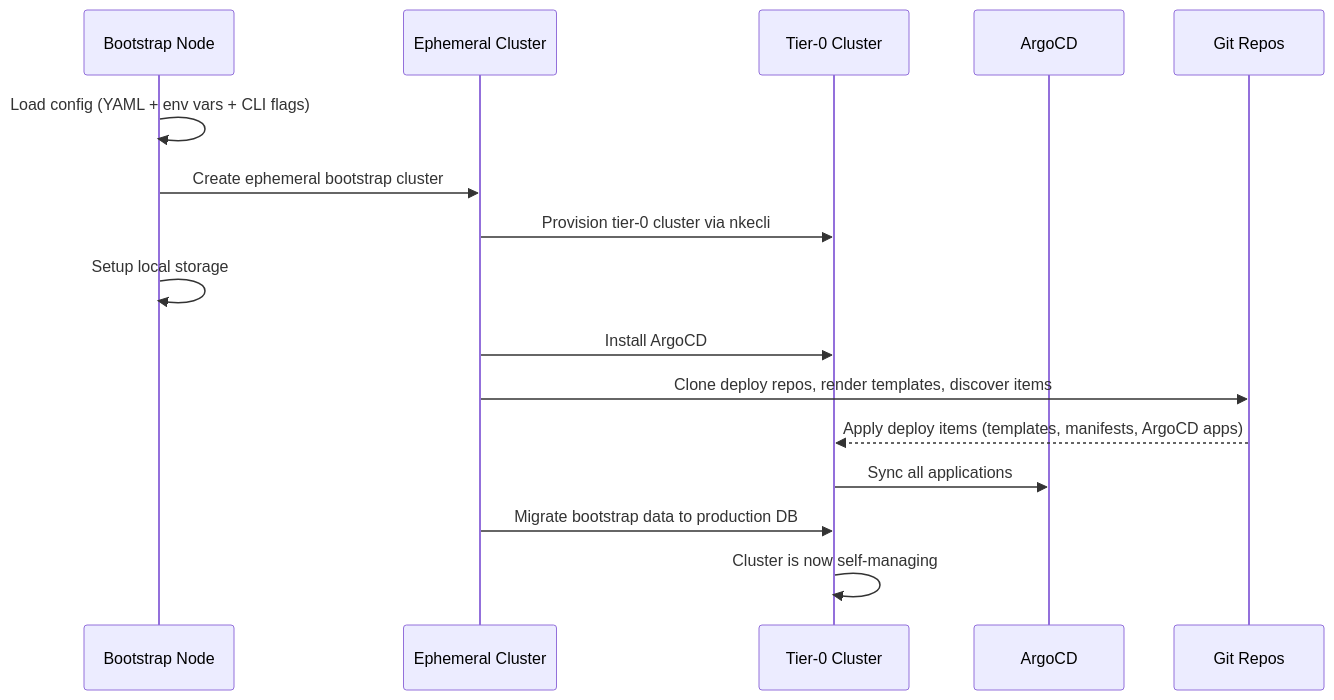
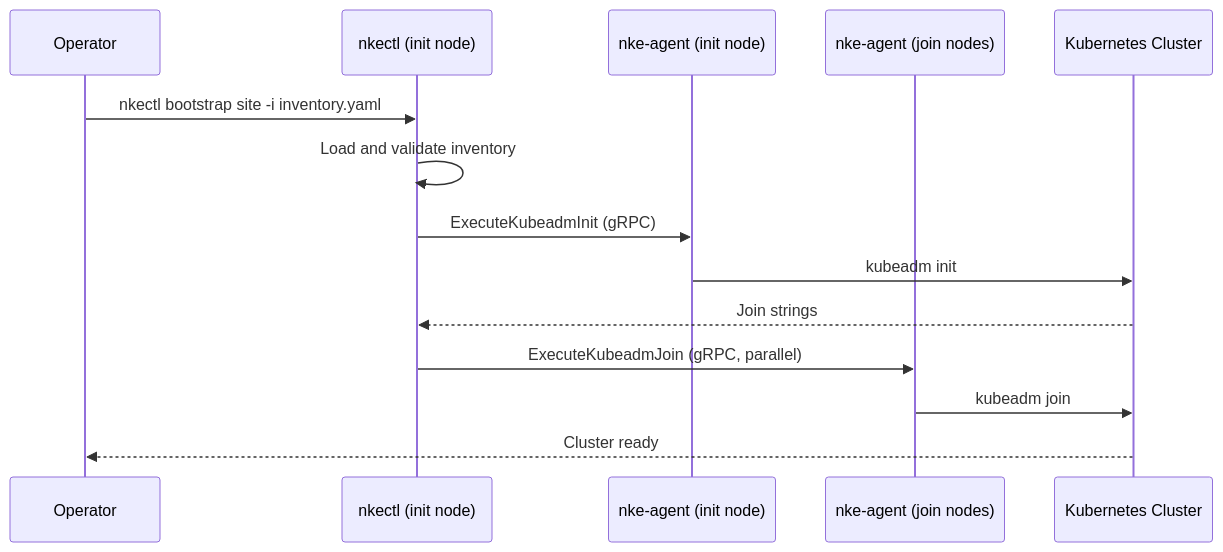
One commit to dsx-ai-factory/nvke changed the diagram in docs/tier0-bootstrap/overview.md. Above: the diagram before and after it, drawn with Mermaid. The commit also changed other lines of this file and 6 other files, not shown here.

First line of the commit message:
docs: rewrite tier0-bootstrap docs around nkectl

````diff
--- a/docs/tier0-bootstrap/overview.md
+++ b/docs/tier0-bootstrap/overview.md
@@ -20,19 +19,17 @@
 ```mermaid
 sequenceDiagram
-    participant Node as Bootstrap Node
-    participant Kind as Ephemeral Cluster
-    participant Tier0 as Tier-0 Cluster
-    participant Argo as ArgoCD
-    participant Git as Git Repos
+    participant Op as Operator
+    participant Ctl as nkectl (init node)
+    participant Init as nke-agent (init node)
+    participant Join as nke-agent (join nodes)
+    participant K8s as Kubernetes Cluster
 
-    Node->>Node: Load config (YAML + env vars + CLI flags)
-    Node->>Kind: Create ephemeral bootstrap cluster
-    Kind->>Tier0: Provision tier-0 cluster via nkecli
-    Node->>Node: Setup local storage
-    Kind->>Tier0: Install ArgoCD
-    Kind->>Git: Clone deploy repos, render templates, discover items
-    Git-->>Tier0: Apply deploy items (templates, manifests, ArgoCD apps)
-    Tier0->>Argo: Sync all applications
-    Kind->>Tier0: Migrate bootstrap data to production DB
-    Tier0->>Tier0: Cluster is now self-managing
+    Op->>Ctl: nkectl bootstrap site -i inventory.yaml
+    Ctl->>Ctl: Load and validate inventory
+    Ctl->>Init: ExecuteKubeadmInit (gRPC)
+    Init->>K8s: kubeadm init
+    K8s-->>Ctl: Join strings
+    Ctl->>Join: ExecuteKubeadmJoin (gRPC, parallel)
+    Join->>K8s: kubeadm join
+    K8s-->>Op: Cluster ready
 ```
````
